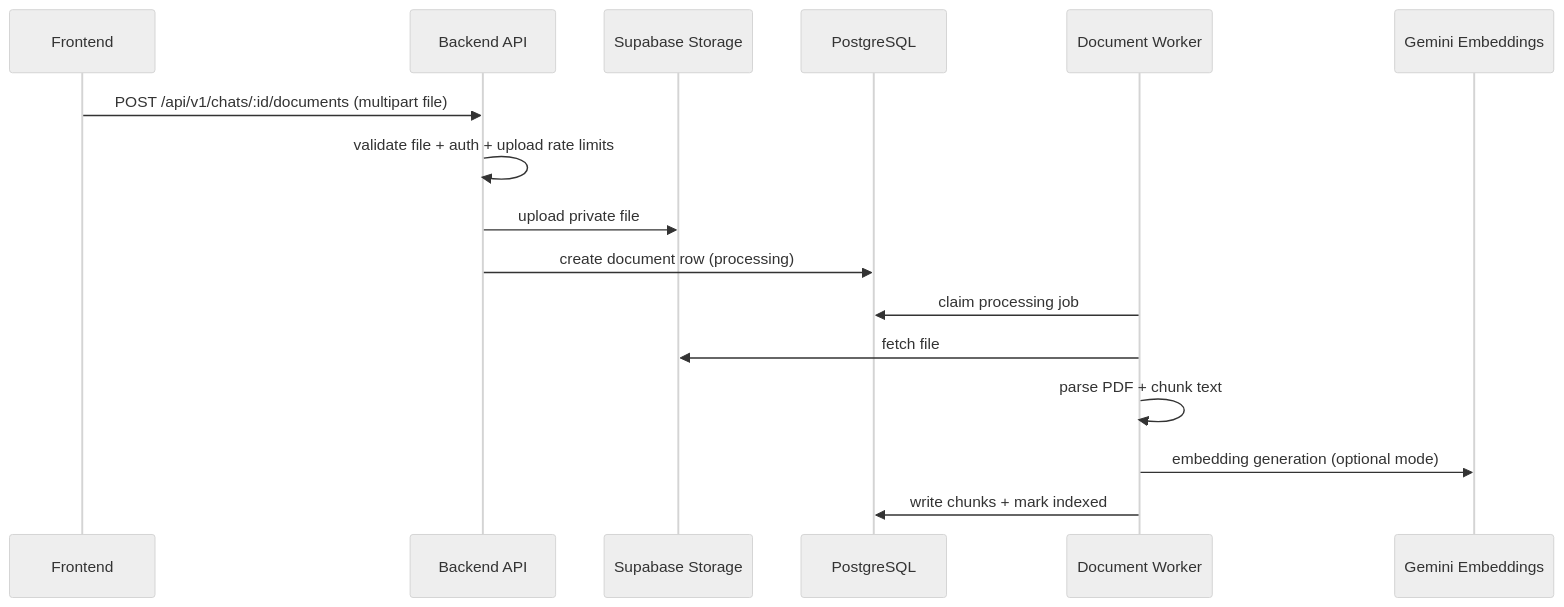
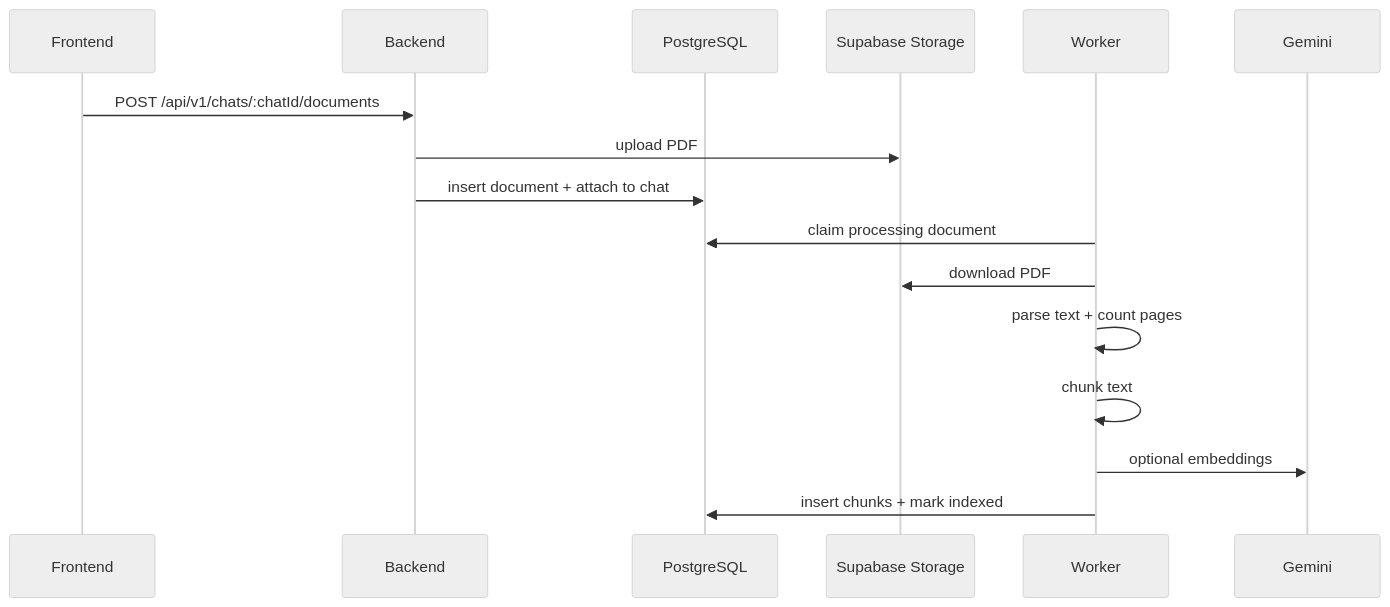
The second of 2 diagrams in ARCHITECTURE.md (saahilpal/RAG-DOCAnalyzer), drawn with Mermaid (neutral theme) before and after one commit. The commit also changed other lines of this file and 5 other files, not shown here.

````diff
--- a/ARCHITECTURE.md
+++ b/ARCHITECTURE.md
@@ -66,19 +130,19 @@
 ```mermaid
 sequenceDiagram
   participant FE as Frontend
-  participant BE as Backend API
+  participant BE as Backend
+  participant DB as PostgreSQL
   participant ST as Supabase Storage
-  participant DB as PostgreSQL
-  participant WK as Document Worker
-  participant AI as Gemini Embeddings
+  participant WK as Worker
+  participant AI as Gemini
 
-  FE->>BE: POST /api/v1/chats/:id/documents (multipart file)
-  BE->>BE: validate file + auth + upload rate limits
-  BE->>ST: upload private file
-  BE->>DB: create document row (processing)
-  WK->>DB: claim processing job
-  WK->>ST: fetch file
-  WK->>WK: parse PDF + chunk text
-  WK->>AI: embedding generation (optional mode)
-  WK->>DB: write chunks + mark indexed
+  FE->>BE: POST /api/v1/chats/:chatId/documents
+  BE->>ST: upload PDF
+  BE->>DB: insert document + attach to chat
+  WK->>DB: claim processing document
+  WK->>ST: download PDF
+  WK->>WK: parse text + count pages
+  WK->>WK: chunk text
+  WK->>AI: optional embeddings
+  WK->>DB: insert chunks + mark indexed
 ```
````
